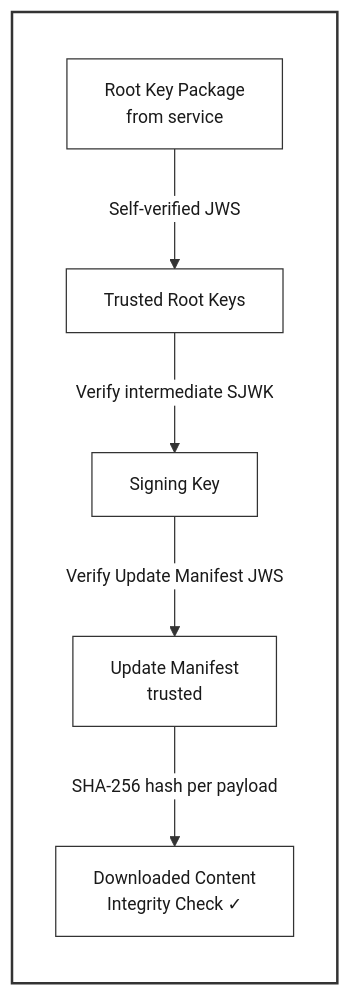
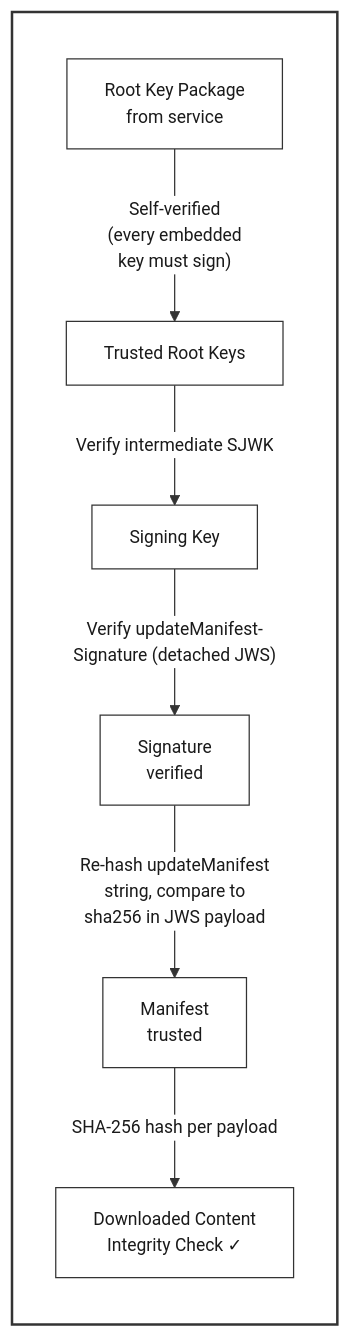
The second of 4 diagrams in docs/agent-reference/architecture-overview.md (Azure/iot-hub-device-update), drawn with Mermaid before and after one commit. The commit also changed other lines of this file and 2 other files, not shown here.

First paragraph of the commit message:
Adds a new engineer-facing deep-dive (#886)
* docs: add Root Key Deep Dive (verification, rotation, revocation)

````diff
--- a/docs/agent-reference/architecture-overview.md
+++ b/docs/agent-reference/architecture-overview.md
@@ -150,30 +148,37 @@
 ```mermaid
 %%{init: {'theme': 'base', 'themeVariables': {
   'primaryColor': '#ffffff',
   'primaryTextColor': '#1a1a1a',
   'primaryBorderColor': '#333333',
   'lineColor': '#333333',
   'secondaryColor': '#f5f5f5',
   'tertiaryColor': '#e8e8e8',
   'mainBkg': '#ffffff',
   'nodeBorder': '#333333',
   'clusterBkg': '#f5f5f5',
   'clusterBorder': '#333333',
   'titleColor': '#1a1a1a',
   'edgeLabelBackground': '#ffffff',
   'fontFamily': 'monospace',
   'fontSize': '14px'
 }}}%%
 flowchart LR
     subgraph Main[" "]
         A["Root Key Package
-        from service"] -->|"Self-verified JWS"| B["Trusted Root Keys"]
+        from service"] -->|"Self-verified
+        (every embedded
+        key must sign)"| B["Trusted Root Keys"]
         B -->|"Verify intermediate SJWK"| C["Signing Key"]
-        C -->|"Verify Update Manifest JWS"| D["Update Manifest
+        C -->|"Verify updateManifest-
+        Signature (detached JWS)"| D["Signature
+        verified"]
+        D -->|"Re-hash updateManifest
+        string, compare to
+        sha256 in JWS payload"| E["Manifest
         trusted"]
-        D -->|"SHA-256 hash per payload"| E["Downloaded Content
+        E -->|"SHA-256 hash per payload"| F["Downloaded Content
         Integrity Check ✓"]
     end
 
     style Main fill:#ffffff,stroke:#333333,stroke-width:2px,color:#1a1a1a
 ```
````
